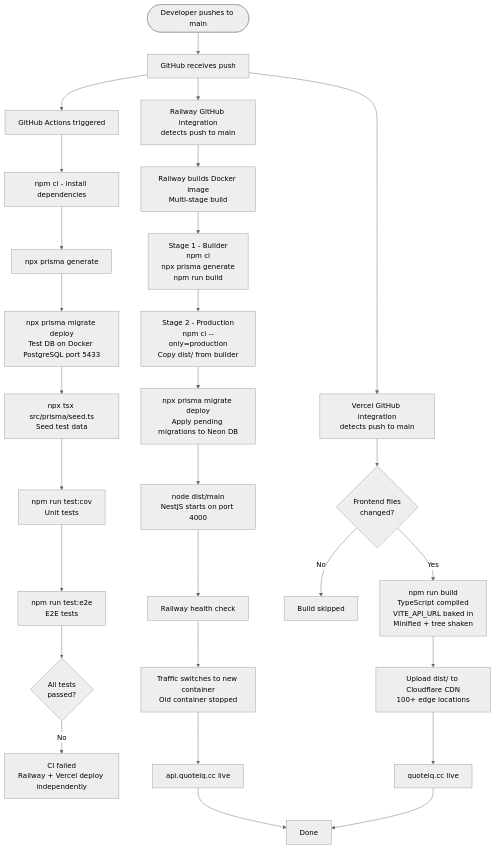
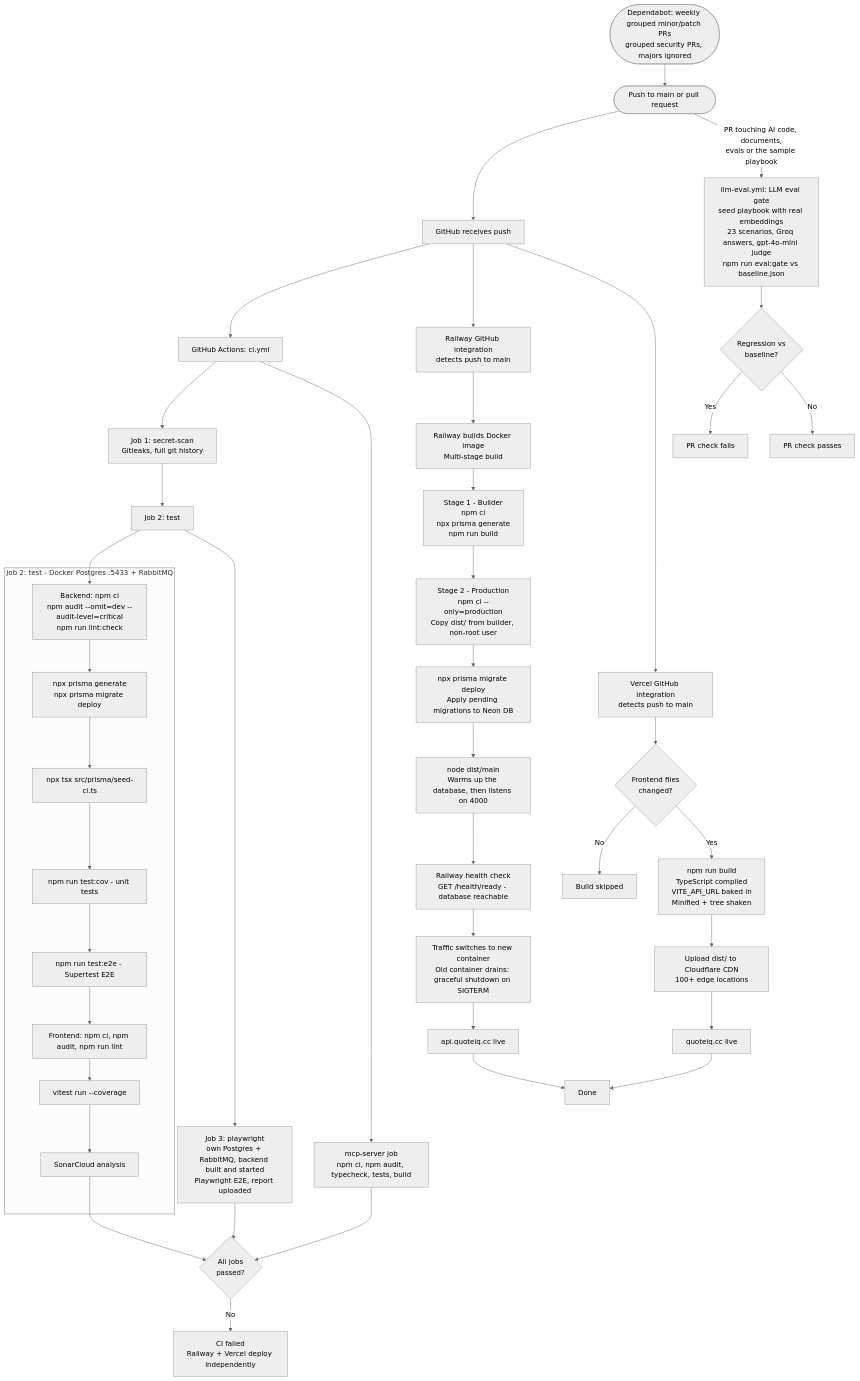
One commit to Eunice-Amirtharajan/quote-iq changed the diagram in docs/cicd-flow.md. Above: the diagram before and after it, drawn with Mermaid (neutral theme). The commit also changed 9 other files, not shown here.

Commit message:
update docs and diagrams to reflect the latest updates

````diff
--- a/docs/cicd-flow.md
+++ b/docs/cicd-flow.md
@@ -3,38 +3,57 @@
 ```mermaid
 flowchart TD
-    Dev([Developer pushes to main])
+    Dev([Push to main or pull request])
     Dev --> GH[GitHub receives push]
 
-    GH --> GHA[GitHub Actions triggered]
-    GHA --> Install[npm ci - install dependencies]
-    Install --> PrismaGen[npx prisma generate]
-    PrismaGen --> Migrate[npx prisma migrate deploy<br/>Test DB on Docker PostgreSQL port 5433]
-    Migrate --> Seed[npx tsx src/prisma/seed.ts<br/>Seed test data]
-    Seed --> Unit[npm run test:cov<br/>Unit tests]
-    Unit --> E2E[npm run test:e2e<br/>E2E tests]
+    GH --> GHA[GitHub Actions: ci.yml]
+    GHA --> Secret[Job 1: secret-scan<br/>Gitleaks, full git history]
+    Secret --> Test[Job 2: test]
 
-    E2E --> CIPass{All tests<br/>passed?}
+    subgraph TestJob [Job 2: test - Docker Postgres :5433 + RabbitMQ]
+        BInstall[Backend: npm ci<br/>npm audit --omit=dev --audit-level=critical<br/>npm run lint:check]
+        BInstall --> PrismaGen[npx prisma generate<br/>npx prisma migrate deploy]
+        PrismaGen --> Seed[npx tsx src/prisma/seed-ci.ts]
+        Seed --> Unit[npm run test:cov - unit tests]
+        Unit --> E2E[npm run test:e2e - Supertest E2E]
+        E2E --> FInstall[Frontend: npm ci, npm audit, npm run lint]
+        FInstall --> FUnit[vitest run --coverage]
+        FUnit --> Sonar[SonarCloud analysis]
+    end
+    Test --> BInstall
 
+    Test --> PW[Job 3: playwright<br/>own Postgres + RabbitMQ, backend built and started<br/>Playwright E2E, report uploaded]
+    GHA --> MCP[mcp-server job<br/>npm ci, npm audit, typecheck, tests, build]
+
+    Sonar --> CIPass{All jobs<br/>passed?}
+    PW --> CIPass
+    MCP --> CIPass
     CIPass -->|No| Block[CI failed<br/>Railway + Vercel deploy independently]
+
+    Dev -->|PR touching AI code, documents,<br/>evals or the sample playbook| Eval[llm-eval.yml: LLM eval gate<br/>seed playbook with real embeddings<br/>23 scenarios, Groq answers, gpt-4o-mini judge<br/>npm run eval:gate vs baseline.json]
+    Eval --> EvalPass{Regression vs<br/>baseline?}
+    EvalPass -->|Yes| EvalFail[PR check fails]
+    EvalPass -->|No| EvalOk[PR check passes]
+
+    Bot([Dependabot: weekly grouped minor/patch PRs<br/>grouped security PRs, majors ignored]) --> Dev
 
     GH --> RailwayTrigger[Railway GitHub integration<br/>detects push to main]
     GH --> VercelTrigger[Vercel GitHub integration<br/>detects push to main]
 
     RailwayTrigger --> DockerBuild[Railway builds Docker image<br/>Multi-stage build]
     DockerBuild --> Stage1[Stage 1 - Builder<br/>npm ci<br/>npx prisma generate<br/>npm run build]
-    Stage1 --> Stage2[Stage 2 - Production<br/>npm ci --only=production<br/>Copy dist/ from builder]
+    Stage1 --> Stage2[Stage 2 - Production<br/>npm ci --only=production<br/>Copy dist/ from builder, non-root user]
     Stage2 --> MigrateProd[npx prisma migrate deploy<br/>Apply pending migrations to Neon DB]
-    MigrateProd --> Start[node dist/main<br/>NestJS starts on port 4000]
-    Start --> Health[Railway health check]
-    Health --> Switch[Traffic switches to new container<br/>Old container stopped]
+    MigrateProd --> Start[node dist/main<br/>Warms up the database, then listens on 4000]
+    Start --> Health[Railway health check<br/>GET /health/ready - database reachable]
+    Health --> Switch[Traffic switches to new container<br/>Old container drains: graceful shutdown on SIGTERM]
     Switch --> BackendLive[api.quoteiq.cc live]
 
     VercelTrigger --> IgnoredCheck{Frontend files<br/>changed?}
     IgnoredCheck -->|No| Skip[Build skipped]
     IgnoredCheck -->|Yes| VBuild[npm run build<br/>TypeScript compiled<br/>VITE_API_URL baked in<br/>Minified + tree shaken]
     VBuild --> VDeploy[Upload dist/ to Cloudflare CDN<br/>100+ edge locations]
     VDeploy --> FrontendLive[quoteiq.cc live]
 
     BackendLive --> Done
     FrontendLive --> Done
 ```
````
